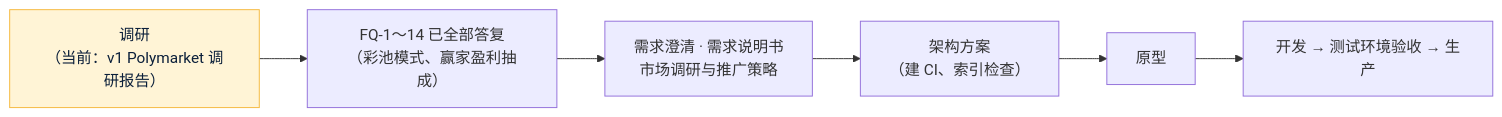
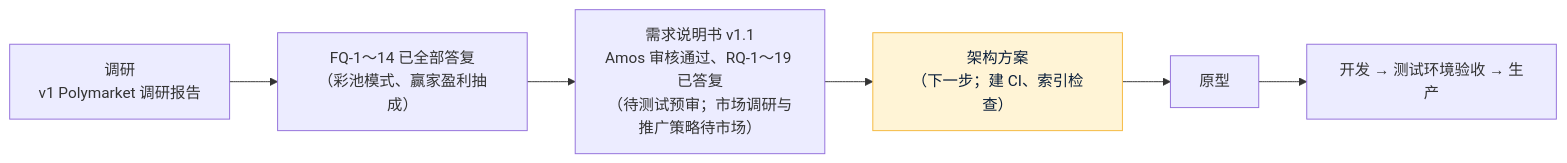
Before and after one commit to dollar3651314/forecast: the diagram in 项目地图.md, drawn with Mermaid. The commit also changed other lines of this file and 9 other files, not shown here.

First line of the commit message:
需求说明书 v1.1（彩池模式，Amos 审核通过）+ 线框图 (#2)

````diff
--- a/项目地图.md
+++ b/项目地图.md
@@ -10,5 +10,5 @@
 ```mermaid
 flowchart LR
-    R["调研<br/>（当前：v1 Polymarket 调研报告）"]:::now --> Q["FQ-1～14 已全部答复<br/>（彩池模式、赢家盈利抽成）"] --> D["需求澄清 · 需求说明书<br/>市场调研与推广策略"] --> A["架构方案<br/>（建 CI、索引检查）"] --> P["原型"] --> DEV["开发 → 测试环境验收 → 生产"]
+    R["调研<br/>v1 Polymarket 调研报告"] --> Q["FQ-1～14 已全部答复<br/>（彩池模式、赢家盈利抽成）"] --> D["需求说明书 v1.1<br/>Amos 审核通过、RQ-1～19 已答复<br/>（待测试预审；市场调研与推广策略待市场）"] --> A["架构方案<br/>（下一步；建 CI、索引检查）"]:::now --> P["原型"] --> DEV["开发 → 测试环境验收 → 生产"]
     classDef now fill:#FFF4D6,stroke:#F5B83D,color:#0B1F3A
 ```
````
